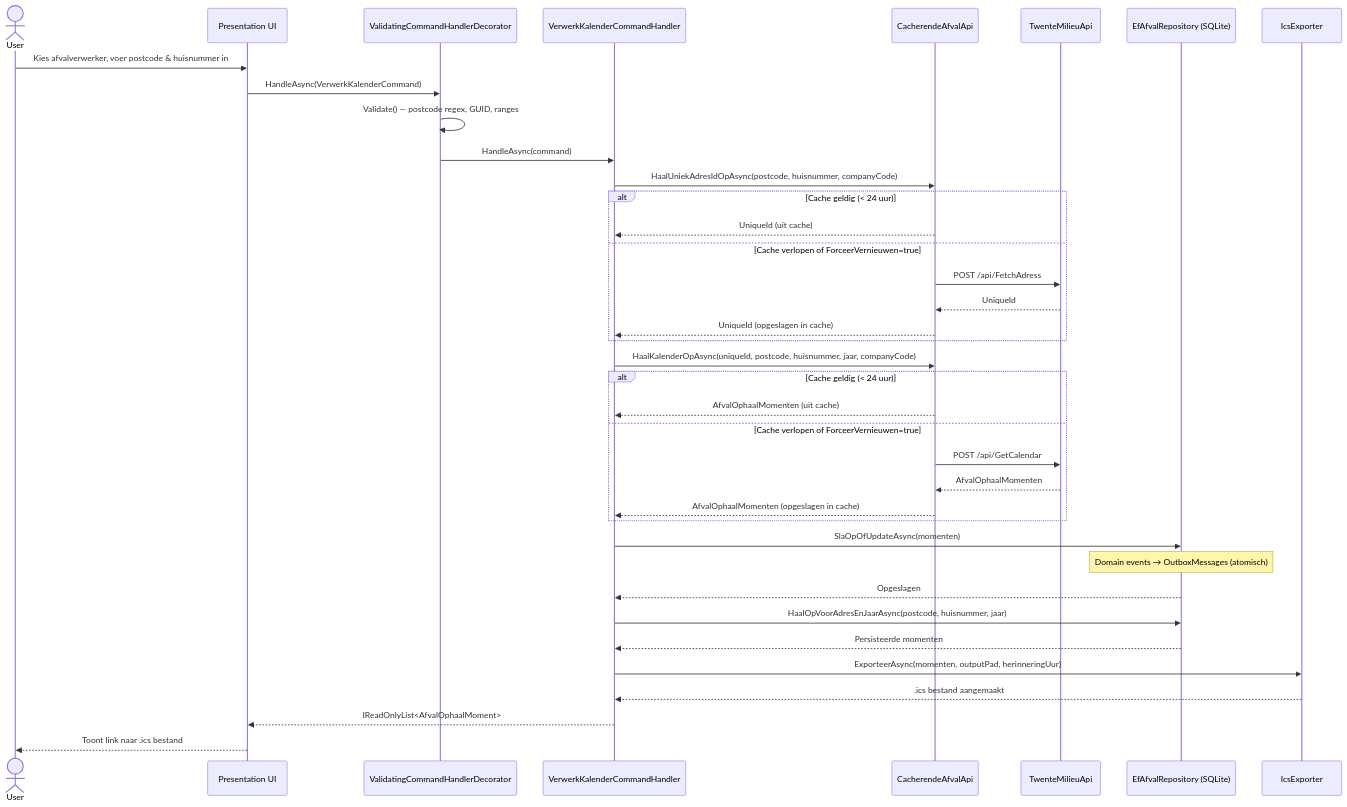
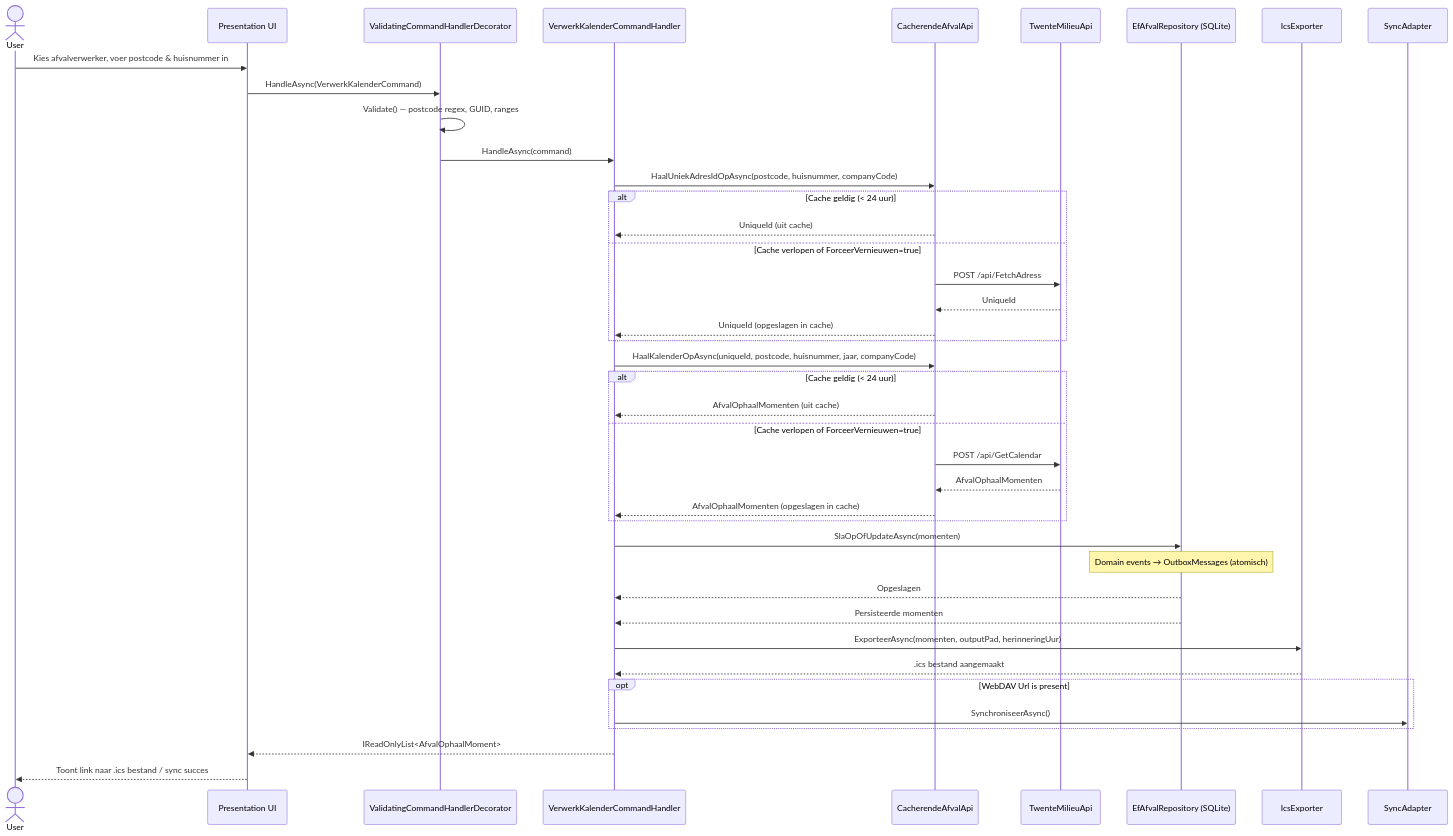
The third of 3 diagrams in CLAUDE.md (marvinstorage/AfvalKalender), drawn with Mermaid before and after one commit. The commit also changed other lines of this file and 27 other files, not shown here.

First line of the commit message:
feat(sync): integrate WebDAV calendar sync into UIs and update docs

````diff
--- a/CLAUDE.md
+++ b/CLAUDE.md
@@ -205,41 +208,43 @@
 ```mermaid
 sequenceDiagram
     actor User
     participant UI as Presentation UI
     participant Val as ValidatingCommandHandlerDecorator
     participant App as VerwerkKalenderCommandHandler
     participant Cache as CacherendeAfvalApi
     participant API as TwenteMilieuApi
     participant DB as EfAfvalRepository (SQLite)
     participant ICS as IcsExporter
 
     User->>UI: Kies afvalverwerker, voer postcode & huisnummer in
     UI->>Val: HandleAsync(VerwerkKalenderCommand)
     Val->>Val: Validate() — postcode regex, GUID, ranges
     Val->>App: HandleAsync(command)
     App->>Cache: HaalUniekAdresIdOpAsync(postcode, huisnummer, companyCode)
     alt Cache geldig (< 24 uur)
         Cache-->>App: UniqueId (uit cache)
     else Cache verlopen of ForceerVernieuwen=true
         Cache->>API: POST /api/FetchAdress
         API-->>Cache: UniqueId
         Cache-->>App: UniqueId (opgeslagen in cache)
     end
     App->>Cache: HaalKalenderOpAsync(uniqueId, postcode, huisnummer, jaar, companyCode)
     alt Cache geldig (< 24 uur)
         Cache-->>App: AfvalOphaalMomenten (uit cache)
     else Cache verlopen of ForceerVernieuwen=true
         Cache->>API: POST /api/GetCalendar
         API-->>Cache: AfvalOphaalMomenten
         Cache-->>App: AfvalOphaalMomenten (opgeslagen in cache)
     end
     App->>DB: SlaOpOfUpdateAsync(momenten)
     Note over DB: Domain events → OutboxMessages (atomisch)
     DB-->>App: Opgeslagen
-    App->>DB: HaalOpVoorAdresEnJaarAsync(postcode, huisnummer, jaar)
     DB-->>App: Persisteerde momenten
     App->>ICS: ExporteerAsync(momenten, outputPad, herinneringUur)
     ICS-->>App: .ics bestand aangemaakt
+    opt WebDAV Url is present
+        App->>SyncAdapter: SynchroniseerAsync()
+    end
     App-->>UI: IReadOnlyList<AfvalOphaalMoment>
-    UI-->>User: Toont link naar .ics bestand
+    UI-->>User: Toont link naar .ics bestand / sync succes
 ```
````
